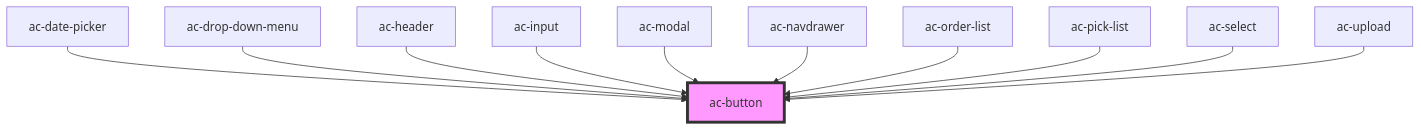
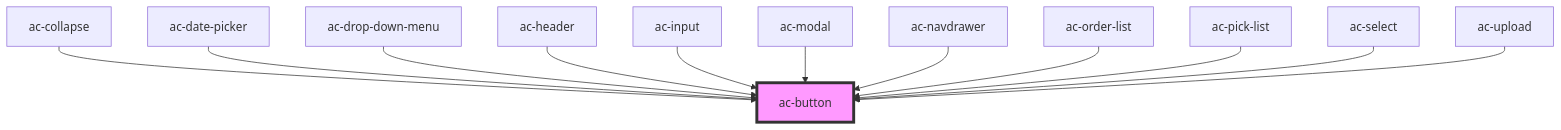
One commit to accera-tech/solar-components changed the diagram in core/src/components/atoms/ac-button/readme.md. Above: the diagram before and after it, drawn with Mermaid. The commit also changed other lines of this file and 11 other files, not shown here.

````diff
--- a/core/src/components/atoms/ac-button/readme.md
+++ b/core/src/components/atoms/ac-button/readme.md
@@ -39,14 +40,15 @@
 ```mermaid
 graph TD;
+  ac-collapse --> ac-button
   ac-date-picker --> ac-button
   ac-drop-down-menu --> ac-button
   ac-header --> ac-button
   ac-input --> ac-button
   ac-modal --> ac-button
   ac-navdrawer --> ac-button
   ac-order-list --> ac-button
   ac-pick-list --> ac-button
   ac-select --> ac-button
   ac-upload --> ac-button
   style ac-button fill:#f9f,stroke:#333,stroke-width:4px
 ```
````
